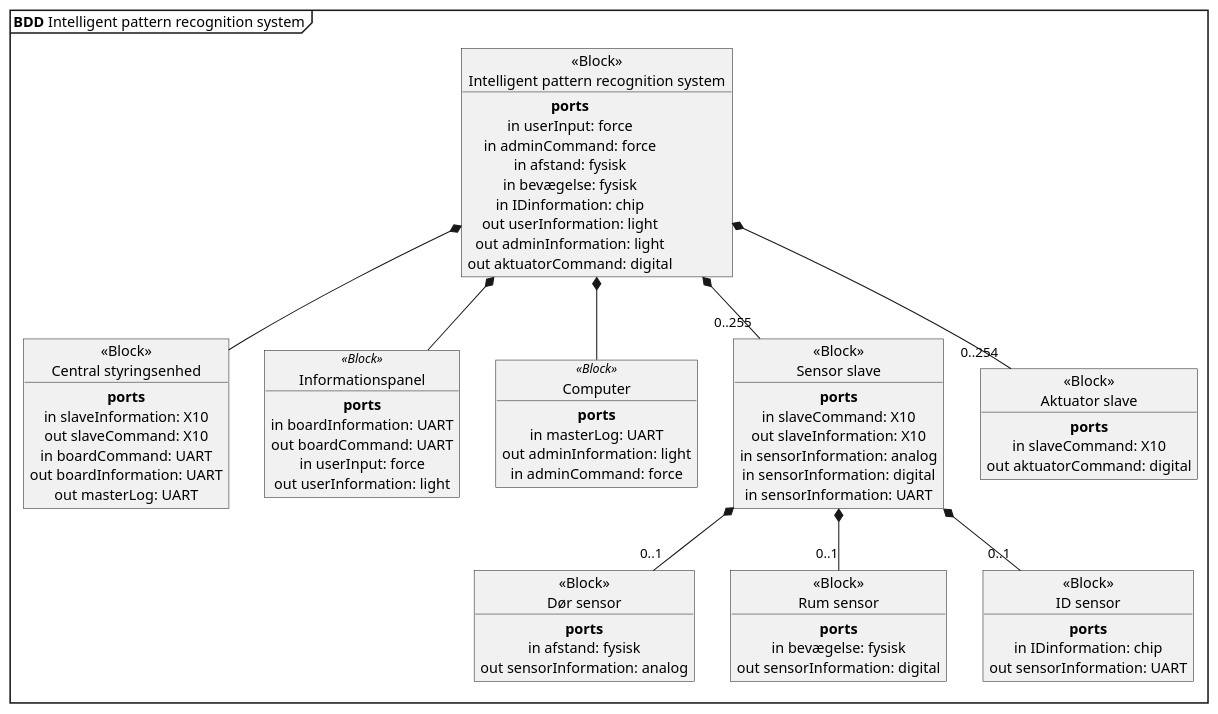
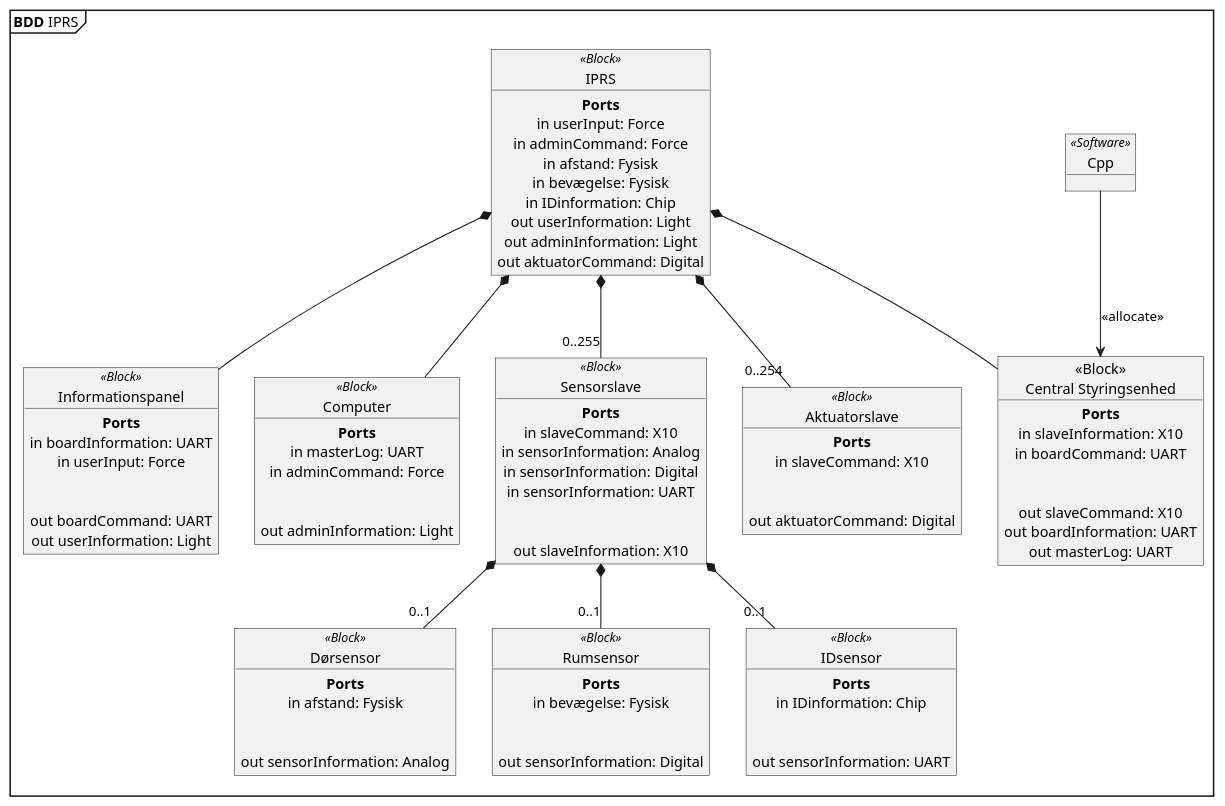
One commit to Tukkel/Projekt_2 changed the diagram in SysML/Hardware Arkitektur/BDD.puml. Above: the diagram before and after it, drawn with PlantUML.

Commit message:
Fixed after review, need work on allocate

```diff
--- a/SysML/Hardware Arkitektur/BDD.puml
+++ b/SysML/Hardware Arkitektur/BDD.puml
@@ -1,86 +1,97 @@
 @startuml BDD IPRS
 skinparam defaultTextAlignment center
 
-mainframe **BDD** Intelligent pattern recognition system
+mainframe **BDD** IPRS
 
 
-object "<<Block>>\nIntelligent pattern recognition system" as IPRS {
-**ports**
-in userInput: force
-in adminCommand: force
-in afstand: fysisk
-in bevægelse: fysisk
-in IDinformation: chip
-out userInformation: light
-out adminInformation: light
-out aktuatorCommand: digital
+object IPRS <<Block>>  {
+**Ports**
+in userInput: Force
+in adminCommand: Force
+in afstand: Fysisk
+in bevægelse: Fysisk
+in IDinformation: Chip
+out userInformation: Light
+out adminInformation: Light
+out aktuatorCommand: Digital
 }
 
-object "<<Block>>\nCentral styringsenhed" as master {
-**ports**
+object "<<Block>>\nCentral Styringsenhed" as master {
+**Ports**
 in slaveInformation: X10
+in boardCommand: UART
+\n
 out slaveCommand: X10
-in boardCommand: UART
 out boardInformation: UART
 out masterLog: UART
 }
 
 object Informationspanel <<Block>> {
-**ports**
+**Ports**
 in boardInformation: UART
+in userInput: Force
+\n
 out boardCommand: UART
-in userInput: force
-out userInformation: light
+out userInformation: Light
 }
 
 object Computer <<Block>> {
-**ports**
+**Ports**
 in masterLog: UART
-out adminInformation: light
-in adminCommand: force
+in adminCommand: Force
+\n
+out adminInformation: Light
 }
 ' Måske mus/tastetur
 
-object "<<Block>>\nSensor slave" as Sensor_slave {
-**ports**
+object Sensorslave <<Block>> {
+**Ports**
 in slaveCommand: X10
+in sensorInformation: Analog
+in sensorInformation: Digital
+in sensorInformation: UART
+\n
 out slaveInformation: X10
-in sensorInformation: analog
-in sensorInformation: digital
-in sensorInformation: UART
 }
 
-object "<<Block>>\nAktuator slave" as Aktuator_slave {
-**ports**
+object Aktuatorslave <<Block>> {
+**Ports**
 in slaveCommand: X10
-out aktuatorCommand: digital
+\n
+out aktuatorCommand: Digital
 }
 
-object "<<Block>>\nDør sensor" as Dør_sensor {
-**ports**
-in afstand: fysisk
-out sensorInformation: analog
+object Dørsensor <<Block>>  {
+**Ports**
+in afstand: Fysisk
+\n
+out sensorInformation: Analog
 }
 
-object "<<Block>>\nRum sensor" as Rum_sensor {
-**ports**
-in bevægelse: fysisk
-out sensorInformation: digital
+object Rumsensor <<Block>>  {
+**Ports**
+in bevægelse: Fysisk
+\n
+out sensorInformation: Digital
 }
 
-object "<<Block>>\nID sensor" as ID_sensor {
-**ports**
-in IDinformation: chip
+object IDsensor <<Block>> {
+**Ports**
+in IDinformation: Chip
+\n
 out sensorInformation: UART
 }
 
+object Cpp <<Software>> {
+}
 
+Cpp --> master : "<<allocate>>" 
 IPRS *-- master
 IPRS *-- Informationspanel
 IPRS *-- Computer
-IPRS *-- "0..254" Aktuator_slave
-IPRS *-- "0..255" Sensor_slave
-Sensor_slave  *-- "0..1" Dør_sensor 
-Sensor_slave *-- "0..1" Rum_sensor
-Sensor_slave *-- "0..1" ID_sensor
+IPRS *-- "0..254" Aktuatorslave
+IPRS *-- "0..255" Sensorslave
+Sensorslave  *-- "0..1" Dørsensor 
+Sensorslave *-- "0..1" Rumsensor
+Sensorslave *-- "0..1" IDsensor
 @enduml
```
